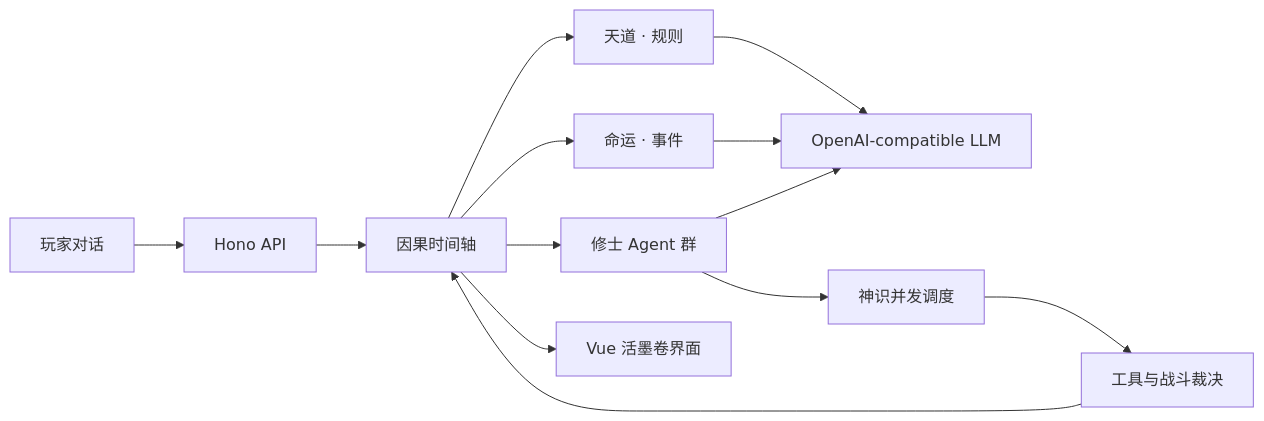
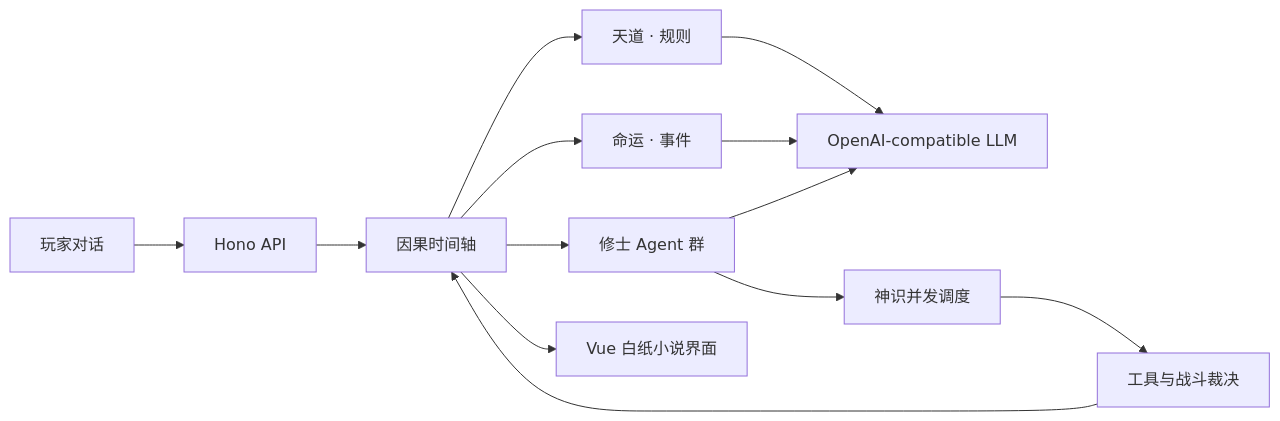
The diagram in README.md (dangoZhang/xiuxian-agent), drawn with Mermaid before and after one commit. The commit also changed other lines of this file and 12 other files, not shown here.

````diff
--- a/README.md
+++ b/README.md
@@ -33,13 +31,13 @@
 ```mermaid
 flowchart LR
   P["玩家对话"] --> API["Hono API"]
   API --> T["因果时间轴"]
   T --> H["天道 · 规则"]
   T --> F["命运 · 事件"]
   T --> A["修士 Agent 群"]
   H & F & A --> L["OpenAI-compatible LLM"]
   A --> S["神识并发调度"]
   S --> R["工具与战斗裁决"]
   R --> T
-  T --> V["Vue 活墨卷界面"]
+  T --> V["Vue 白纸小说界面"]
 ```
````
